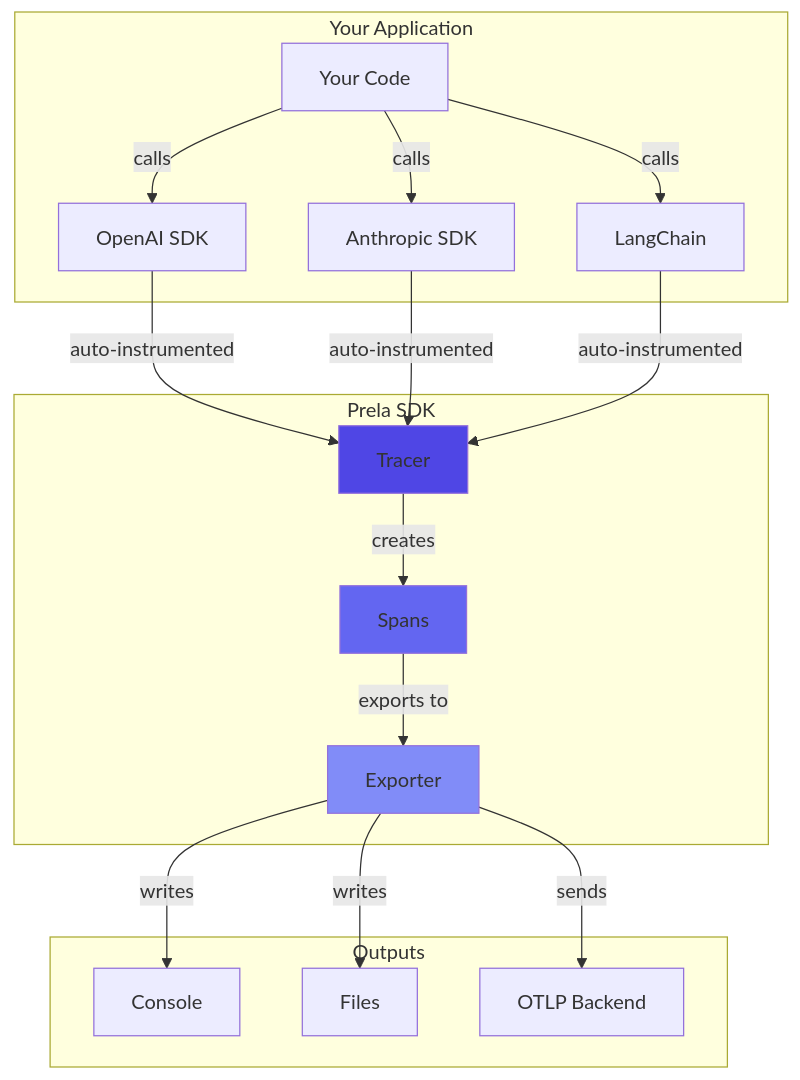
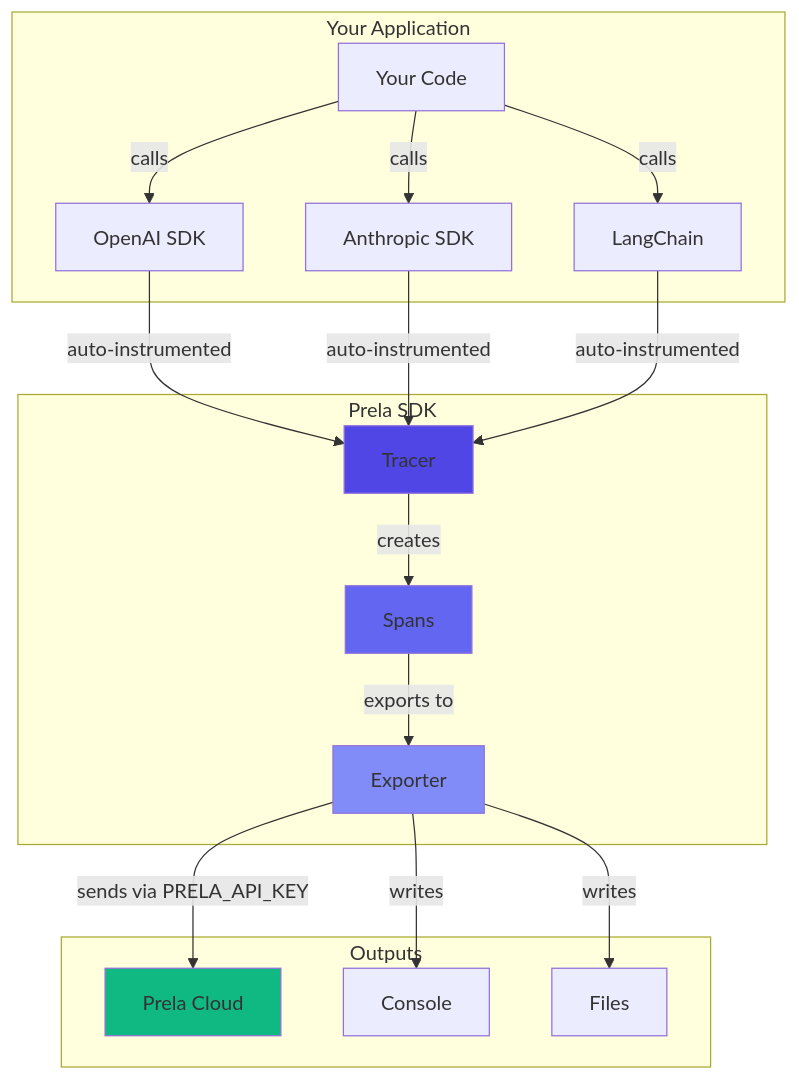
The first of 2 diagrams in docs/index.md (garrettw2200/prela-docs), drawn with Mermaid before and after one commit. The commit also changed other lines of this file and 3 other files, not shown here.

First line of the commit message:
docs: add PRELA_API_KEY and Prela Cloud exporter to documentation

````diff
--- a/docs/index.md
+++ b/docs/index.md
@@ -67,26 +69,27 @@
 ```mermaid
 graph TB
     subgraph "Your Application"
         A[Your Code] -->|calls| B[OpenAI SDK]
         A -->|calls| C[Anthropic SDK]
         A -->|calls| D[LangChain]
     end
 
     subgraph "Prela SDK"
         B -->|auto-instrumented| E[Tracer]
         C -->|auto-instrumented| E
         D -->|auto-instrumented| E
         E -->|creates| F[Spans]
         F -->|exports to| G[Exporter]
     end
 
     subgraph "Outputs"
-        G -->|writes| H[Console]
-        G -->|writes| I[Files]
-        G -->|sends| J[OTLP Backend]
+        G -->|sends via PRELA_API_KEY| H[Prela Cloud]
+        G -->|writes| I[Console]
+        G -->|writes| J[Files]
     end
 
     style E fill:#4F46E5
     style F fill:#6366F1
     style G fill:#818CF8
+    style H fill:#10B981
 ```
````
